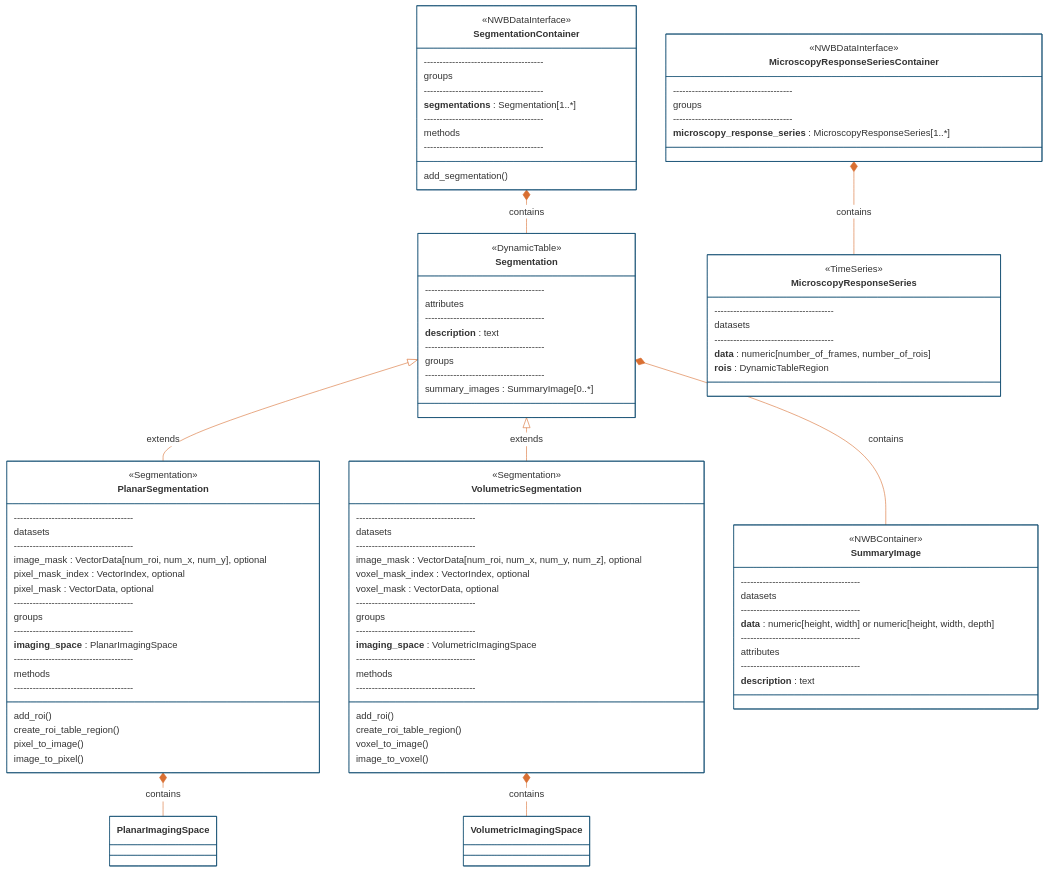
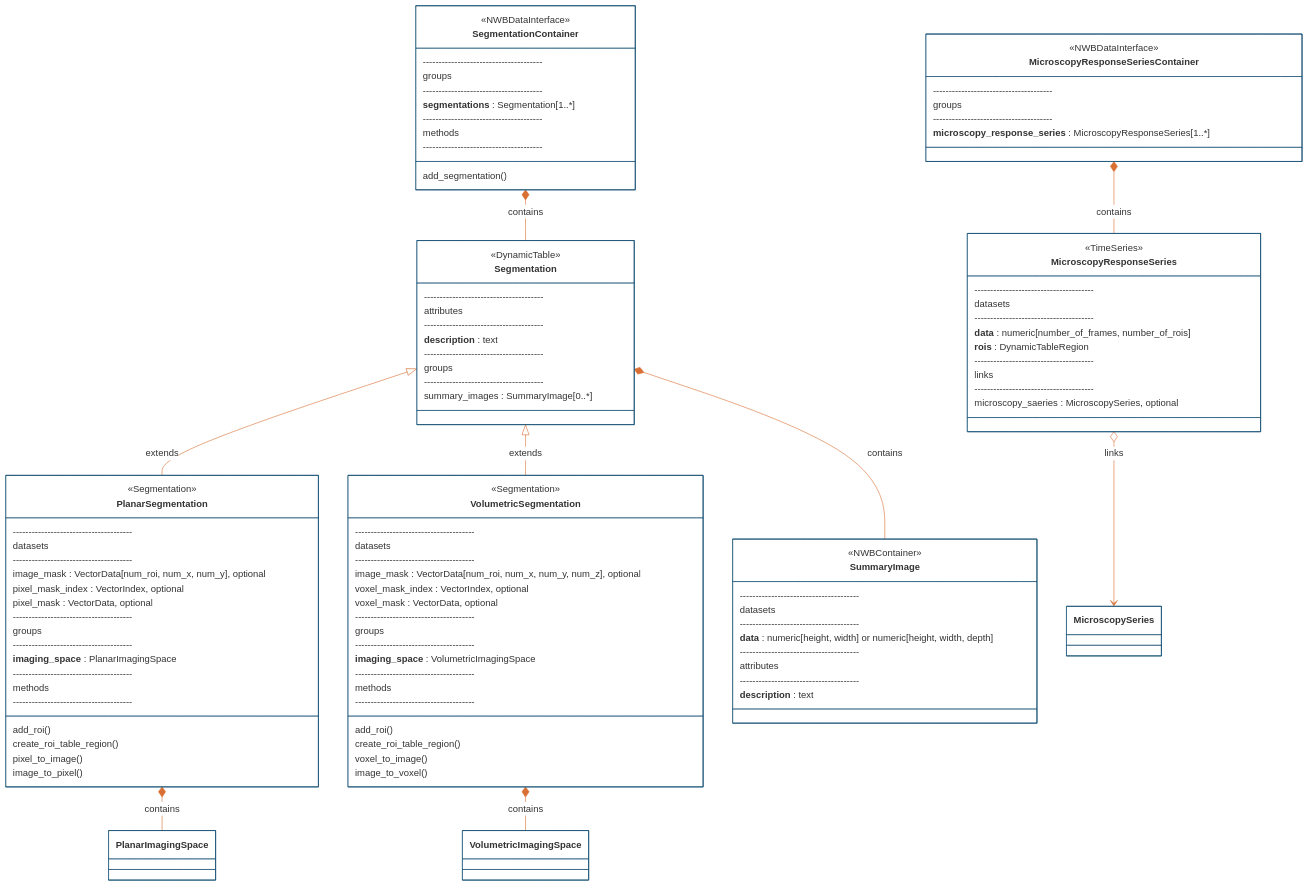
The fourth of 4 diagrams in README.md (catalystneuro/ndx-microscopy), drawn with Mermaid before and after one commit. The commit also changed 12 other files, not shown here.

First line of the commit message:
Optional link in MicroscopyResponseSeries to MicroscopySeries  (#66)

```diff
--- a/README.md
+++ b/README.md
@@ -510,6 +510,10 @@
         --------------------------------------
         **data** : numeric[number_of_frames, number_of_rois]
         **rois** : DynamicTableRegion
+        --------------------------------------
+        links
+        --------------------------------------
+        microscopy_saeries : MicroscopySeries, optional
     }
 
     class MicroscopyResponseSeriesContainer {
@@ -524,6 +528,7 @@
     Segmentation <|-- VolumetricSegmentation : extends
     SegmentationContainer *-- Segmentation : contains
     Segmentation *-- SummaryImage : contains
+    MicroscopyResponseSeries o--> MicroscopySeries : links
     MicroscopyResponseSeriesContainer *-- MicroscopyResponseSeries : contains
     PlanarSegmentation *-- PlanarImagingSpace : contains
     VolumetricSegmentation *-- VolumetricImagingSpace : contains
```
